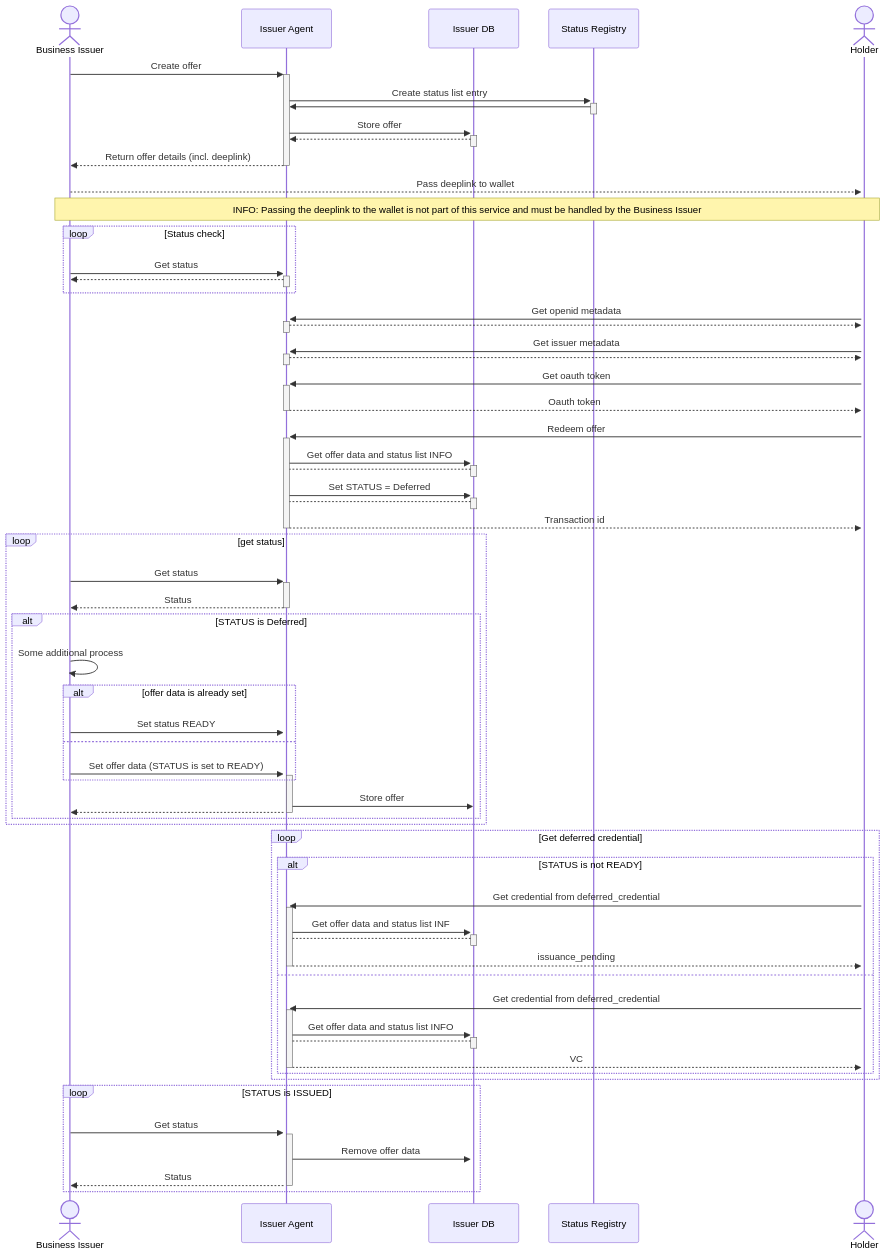
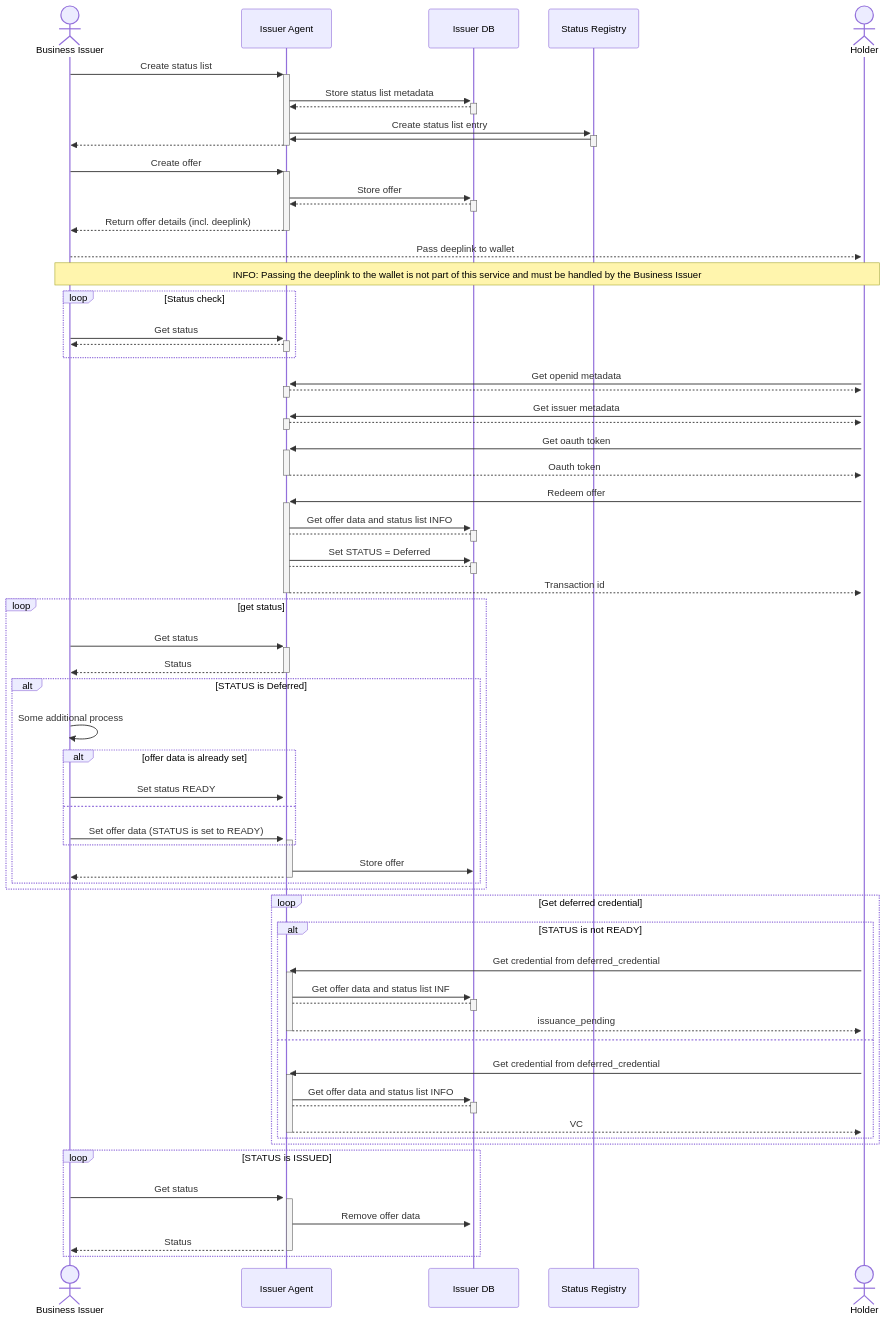
One commit to swiyu-admin-ch/swiyu-issuer changed the diagram in deferred.md. Above: the diagram before and after it, drawn with Mermaid. The commit also changed 2 other files, not shown here.

Commit message:
feat(EIDOMNI-180) : fix pr findings

````diff
--- a/deferred.md
+++ b/deferred.md
@@ -5,81 +5,85 @@
 ```mermaid
 sequenceDiagram
-    actor BUSINESS as Business Issuer 
-
+    actor BUSINESS as Business Issuer
     participant ISS as Issuer Agent
     participant DB as Issuer DB
     participant STATUS as Status Registry
-
     actor WALLET as Holder
 
-    # Create offer
-    BUSINESS->>+ISS: Create offer
+# Create status list
+    BUSINESS ->>+ ISS: Create status list
+    ISS ->>+ DB: Store status list metadata
+DB-->>-ISS: 
     ISS->>+STATUS: Create status list entry
-    STATUS->>-ISS: 
-    ISS->>+DB : Store offer
-    DB-->>-ISS : 
-    ISS-->>-BUSINESS : Return offer details (incl. deeplink)
+STATUS->>-ISS:
+ISS-->>-BUSINESS :
 
-    # Pass deeplink to WALLET
-    BUSINESS-->>+WALLET : Pass deeplink to wallet
-    Note over BUSINESS,WALLET: INFO: Passing the deeplink to the wallet is not part of this service and must be handled by the Business Issuer
+# Create offer
+BUSINESS->>+ISS: Create offer
+ISS->>+DB: Store offer
+DB-->>-ISS:
+ISS-->>-BUSINESS: Return offer details (incl. deeplink)
 
-    loop Status check
-        BUSINESS->>+ISS: Get status
-        ISS-->>-BUSINESS : 
-    end
+# Pass deeplink to WALLET
+BUSINESS-->>+WALLET: Pass deeplink to wallet
+Note over BUSINESS, WALLET: INFO: Passing the deeplink to the wallet is not part of this service and must be handled by the Business Issuer
 
-    # Get credential
-    WALLET->>+ISS : Get openid metadata
-    ISS-->>-WALLET : 
+loop Status check
+BUSINESS->>+ISS: Get status
+ISS-->>-BUSINESS:
+end
 
-    WALLET->>+ISS : Get issuer metadata
-    ISS-->>-WALLET : 
+# Get credential
+WALLET->>+ISS: Get openid metadata
+ISS-->>-WALLET:
 
-    WALLET->>+ISS : Get oauth token
-    ISS-->>-WALLET : Oauth token
+WALLET->>+ISS: Get issuer metadata
+ISS-->>-WALLET:
 
-    WALLET->>+ISS : Redeem offer
-    ISS->>+DB : Get offer data and status list INFO
-    DB-->-ISS : 
-    ISS->>+DB : Set STATUS = Deferred
-    DB-->-ISS : 
-    ISS-->>-WALLET : Transaction id
+WALLET->>+ISS: Get oauth token
+ISS-->>-WALLET: Oauth token
 
-    loop get status
-        BUSINESS->>+ISS: Get status
-        ISS-->>-BUSINESS : Status
+WALLET->>+ISS: Redeem offer
+ISS->>+DB: Get offer data and status list INFO
+DB-->-ISS:
+ISS->>+DB: Set STATUS = Deferred
+DB-->-ISS:
+ISS-->>-WALLET : Transaction id
 
-        alt STATUS is Deferred
-            BUSINESS->>BUSINESS : Some additional process
-            alt offer data is already set
-                BUSINESS->>+ISS : Set status READY
-            else
-                BUSINESS->>+ISS : Set offer data (STATUS is set to READY)
-            end
-            ISS->>DB : Store offer
-            ISS-->>-BUSINESS : 
-        end
-    end
+loop get status
+BUSINESS->>+ISS: Get status
+ISS-->>-BUSINESS: Status
 
-    loop Get deferred credential
-        alt STATUS is not READY
-            WALLET->>+ISS: Get credential from deferred_credential
-            ISS->>+DB : Get offer data and status list INF
-            DB-->-ISS : 
-            ISS-->>-WALLET : issuance_pending
-        else
-            WALLET->>+ISS: Get credential from deferred_credential
-            ISS->>+DB : Get offer data and status list INFO
-            DB-->-ISS : 
-            ISS-->>-WALLET : VC
-        end
-    end
-    
+alt STATUS is Deferred
+BUSINESS->>BUSINESS: Some additional process
+alt offer data is already set
+BUSINESS->>+ISS: Set status READY
+else
+BUSINESS->>+ISS : Set offer data (STATUS is set to READY)
+end
+ISS->>DB: Store offer
+ISS-->>-BUSINESS:
+end
+end
 
-    loop STATUS is ISSUED
-        BUSINESS->>+ISS: Get status
-        ISS->>+DB : Remove offer data
-        ISS-->>-BUSINESS : Status
-    end
+loop Get deferred credential
+alt STATUS is not READY
+WALLET->>+ISS: Get credential from deferred_credential
+ISS->>+DB: Get offer data and status list INF
+DB-->-ISS:
+ISS-->>-WALLET: issuance_pending
+else
+WALLET->>+ISS: Get credential from deferred_credential
+ISS->>+DB: Get offer data and status list INFO
+DB-->-ISS:
+ISS-->>-WALLET: VC
+end
+end
+
+
+loop STATUS is ISSUED
+BUSINESS->>+ISS: Get status
+ISS->>+DB: Remove offer data
+ISS-->>-BUSINESS: Status
+end
 ```
````
